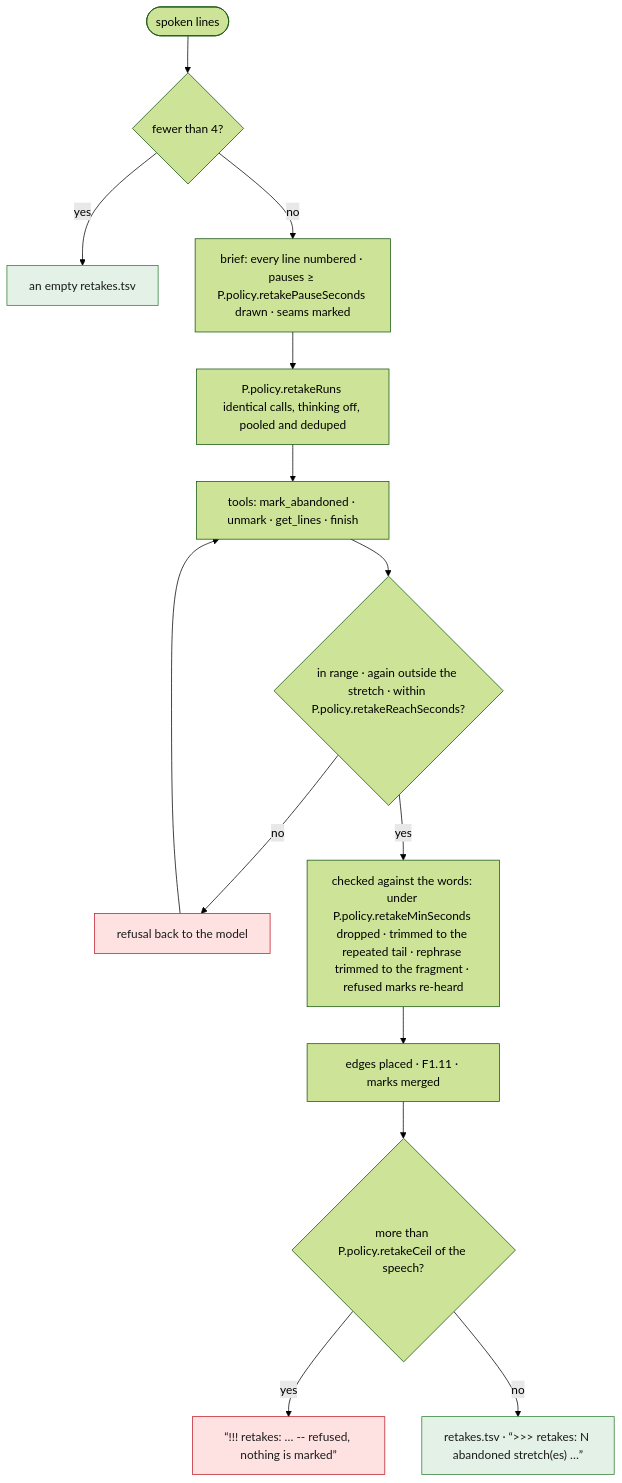
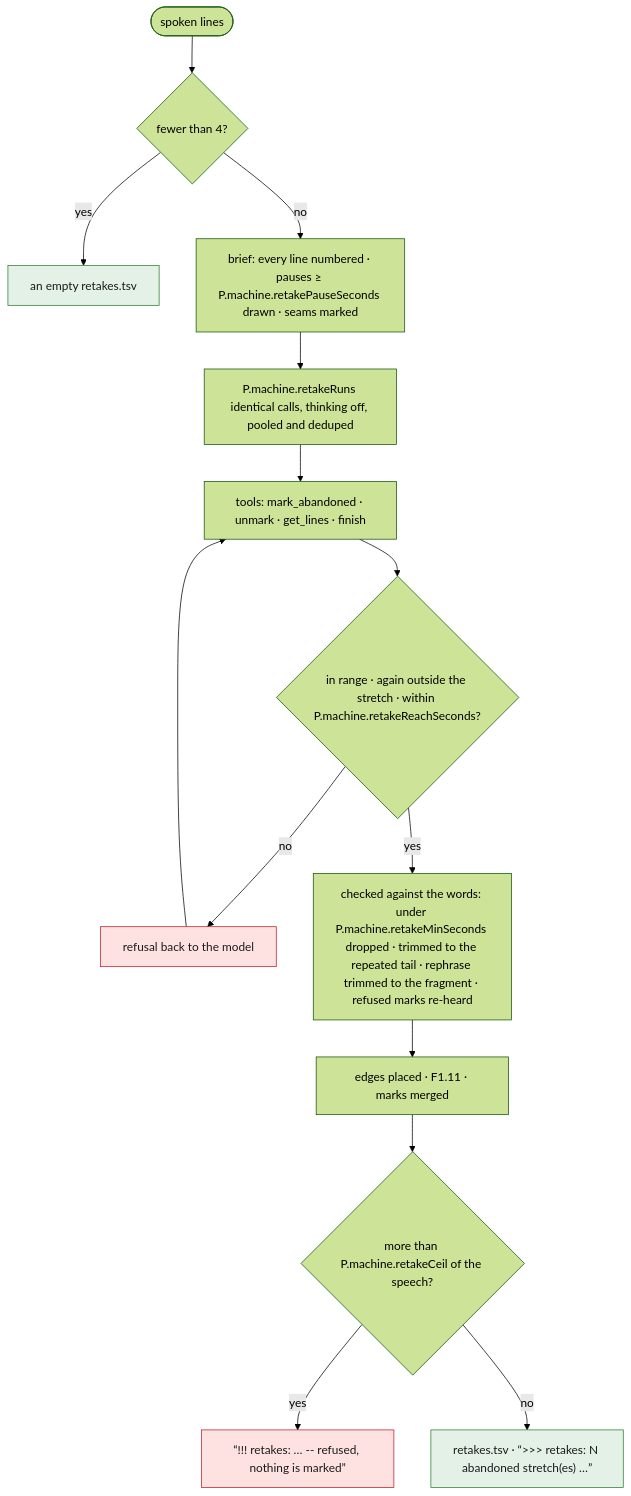
The ninth of 12 diagrams in spec/04-prepare.md (tbocek/naivepost), drawn with Mermaid (forest theme) before and after one commit. The commit also changed other lines of this file and 16 other files, not shown here.

````diff
--- a/spec/04-prepare.md
+++ b/spec/04-prepare.md
@@ -264,19 +264,19 @@
 ```mermaid
 flowchart TD
   A(["spoken lines"]) --> F{"fewer than 4?"}
   F -- yes --> E["an empty retakes.tsv"]:::done
-  F -- no --> BR["brief: every line numbered · pauses ≥ P.policy.retakePauseSeconds drawn · seams marked"]
-  BR --> RUNS["P.policy.retakeRuns identical calls, thinking off, pooled and deduped"]
+  F -- no --> BR["brief: every line numbered · pauses ≥ P.machine.retakePauseSeconds drawn · seams marked"]
+  BR --> RUNS["P.machine.retakeRuns identical calls, thinking off, pooled and deduped"]
   RUNS --> T["tools: mark_abandoned · unmark · get_lines · finish"]
-  T --> V{"in range · again outside the stretch · within P.policy.retakeReachSeconds?"}
+  T --> V{"in range · again outside the stretch · within P.machine.retakeReachSeconds?"}
   V -- no --> ERR["refusal back to the model"]:::refuse
   ERR --> T
-  V -- yes --> VW["checked against the words: under P.policy.retakeMinSeconds dropped · trimmed to the repeated tail · rephrase trimmed to the fragment · refused marks re-heard"]
+  V -- yes --> VW["checked against the words: under P.machine.retakeMinSeconds dropped · trimmed to the repeated tail · rephrase trimmed to the fragment · refused marks re-heard"]
   VW --> ED["edges placed · F1.11 · marks merged"]
-  ED --> CEIL{"more than P.policy.retakeCeil of the speech?"}
+  ED --> CEIL{"more than P.machine.retakeCeil of the speech?"}
   CEIL -- yes --> NONE["“!!! retakes: … -- refused, nothing is marked”"]:::refuse
   CEIL -- no --> W["retakes.tsv · “>>> retakes: N abandoned stretch(es) …”"]:::done
   classDef refuse fill:#fde2e1,stroke:#c01c28,color:#1a1a1a
   classDef done fill:#e3f1e6,stroke:#2e7d32,color:#1a1a1a
   classDef ask fill:#e8eefc,stroke:#3a63c8,color:#1a1a1a
 ```
````
